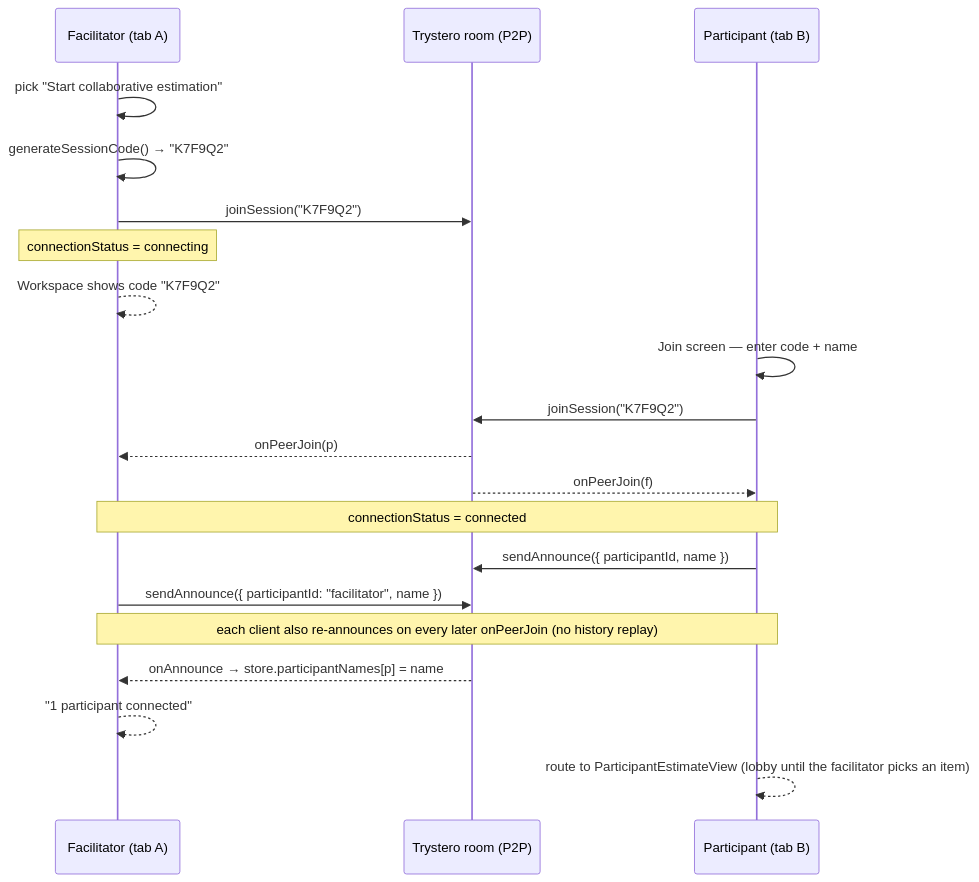
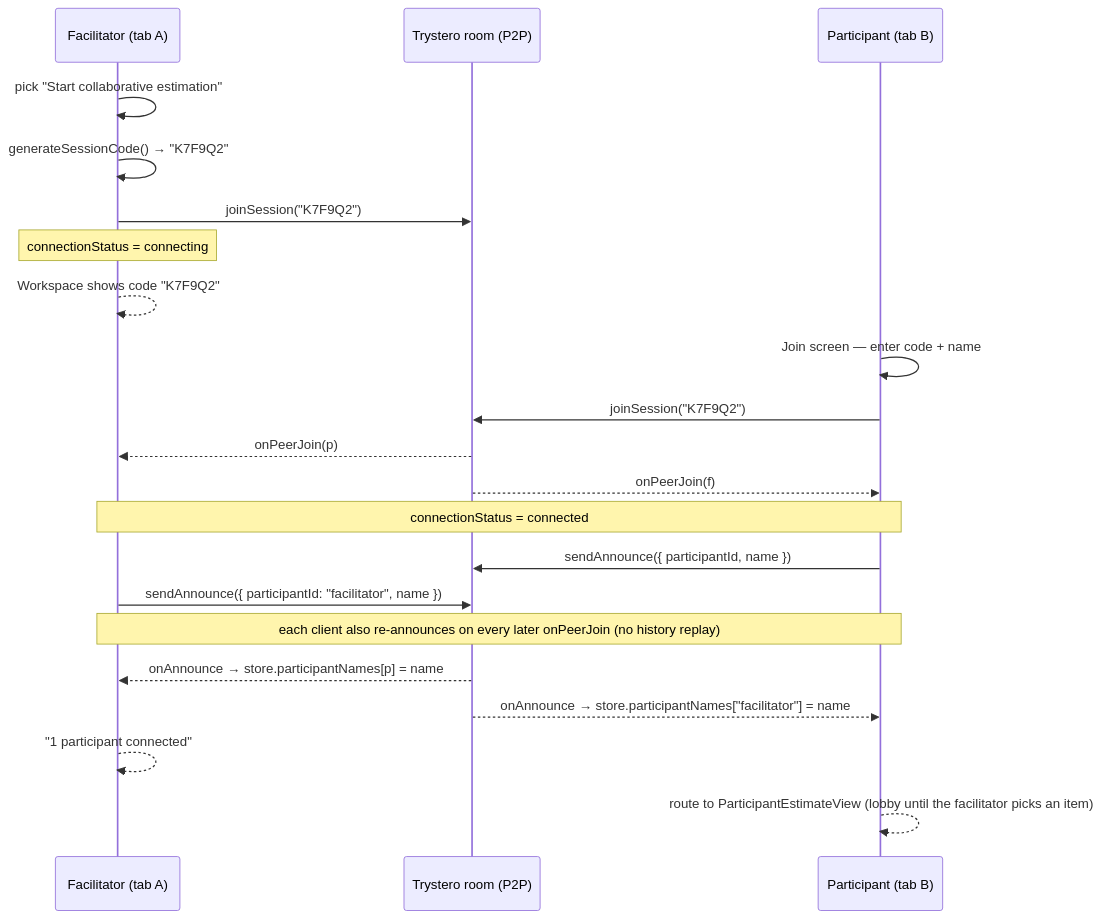
Before and after one commit to cfisch3r/estimate: the second of 5 diagrams in docs/concepts/collaboration-mode.md, drawn with Mermaid. The commit also changed other lines of this file, not shown here.

Commit message:
docs: sync collaboration-mode diagrams with the announce action

````diff
--- a/docs/concepts/collaboration-mode.md
+++ b/docs/concepts/collaboration-mode.md
@@ -120,24 +120,25 @@
 ```mermaid
 sequenceDiagram
   participant F as Facilitator (tab A)
   participant R as Trystero room (P2P)
   participant P as Participant (tab B)
 
   F->>F: pick "Start collaborative estimation"
   F->>F: generateSessionCode() → "K7F9Q2"
   F->>R: joinSession("K7F9Q2")
   Note over F: connectionStatus = connecting
   F-->>F: Workspace shows code "K7F9Q2"
 
   P->>P: Join screen — enter code + name
   P->>R: joinSession("K7F9Q2")
   R-->>F: onPeerJoin(p)
   R-->>P: onPeerJoin(f)
   Note over F,P: connectionStatus = connected
   P->>R: sendAnnounce({ participantId, name })
   F->>R: sendAnnounce({ participantId: "facilitator", name })
   Note over F,P: each client also re-announces on every later onPeerJoin (no history replay)
   R-->>F: onAnnounce → store.participantNames[p] = name
+  R-->>P: onAnnounce → store.participantNames["facilitator"] = name
   F-->>F: "1 participant connected"
   P-->>P: route to ParticipantEstimateView (lobby until the facilitator picks an item)
 ```
````
